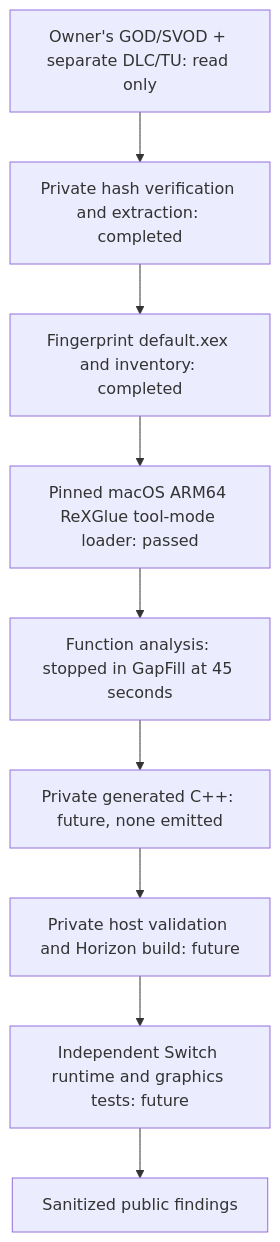
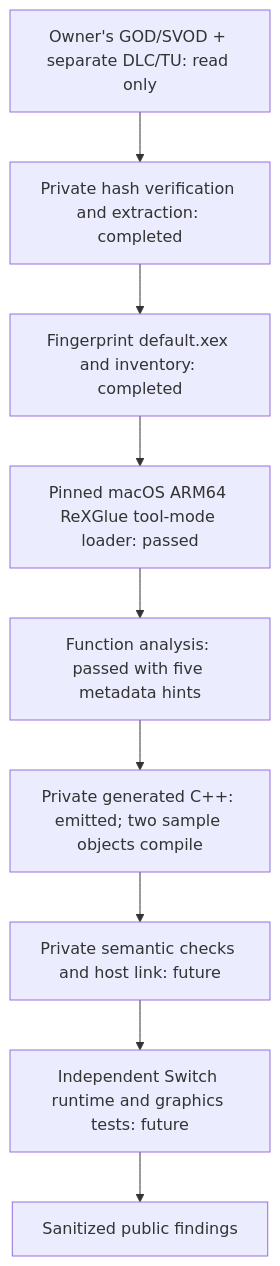
The diagram in docs/architecture.md (Wilwous/brutal-legend-nx), drawn with Mermaid before and after one commit. The commit also changed other lines of this file and 8 other files, not shown here.

````diff
--- a/docs/architecture.md
+++ b/docs/architecture.md
@@ -5,11 +5,11 @@
 ```mermaid
 flowchart TD
   A[Owner's GOD/SVOD + separate DLC/TU: read only] --> B[Private hash verification and extraction: completed]
   B --> C[Fingerprint default.xex and inventory: completed]
   C --> D[Pinned macOS ARM64 ReXGlue tool-mode loader: passed]
-  D --> E[Function analysis: stopped in GapFill at 45 seconds]
-  E --> F[Private generated C++: future, none emitted]
-  F --> G[Private host validation and Horizon build: future]
+  D --> E[Function analysis: passed with five metadata hints]
+  E --> F[Private generated C++: emitted; two sample objects compile]
+  F --> G[Private semantic checks and host link: future]
   G --> H[Independent Switch runtime and graphics tests: future]
   H --> I[Sanitized public findings]
 ```
````
